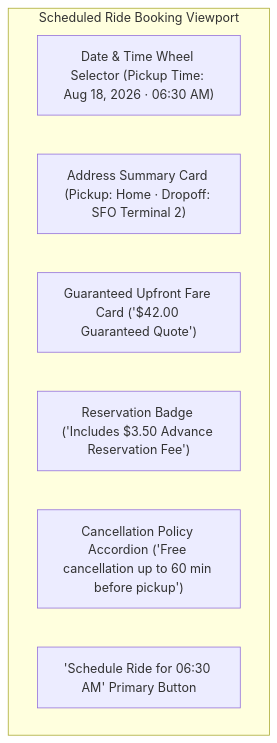
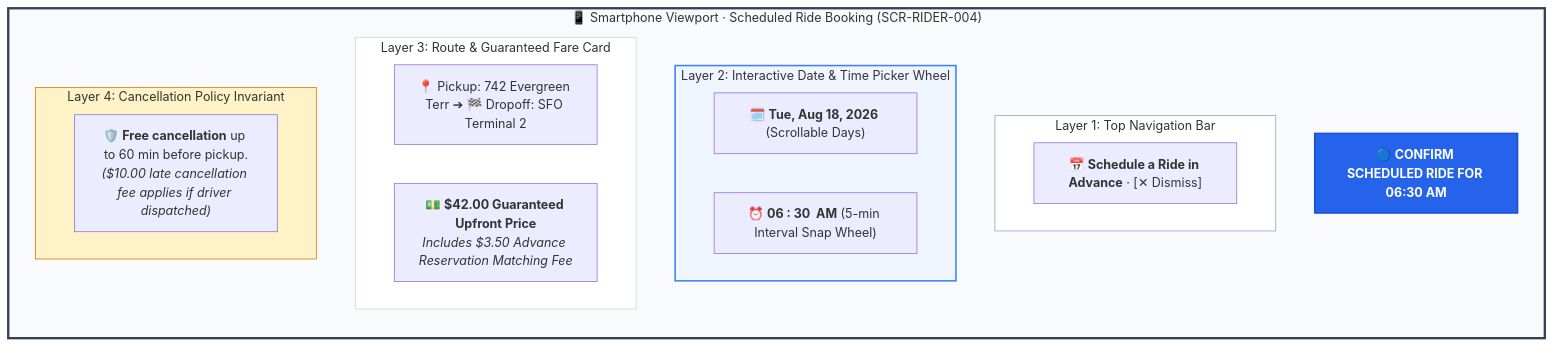
One commit to gkosarintsev/taxi-docs changed the diagram in docs/05-ui-and-ux/screen-contracts/passenger-scheduled-booking.md. Above: the diagram before and after it, drawn with Mermaid. The commit also changed other lines of this file and 11 other files, not shown here.

Commit message:
docs(ui): modernize all 16 screen contracts with multi-layer visual Mermaid UI mockups

````diff
--- a/docs/05-ui-and-ux/screen-contracts/passenger-scheduled-booking.md
+++ b/docs/05-ui-and-ux/screen-contracts/passenger-scheduled-booking.md
@@ -9,11 +9,33 @@
 ```mermaid
-graph TD
-    subgraph ScheduledBookingView [Scheduled Ride Booking Viewport]
-        DateTimeWheel["Date & Time Wheel Selector (Pickup Time: Aug 18, 2026 · 06:30 AM)"]
-        PickupDropoffSummary["Address Summary Card (Pickup: Home · Dropoff: SFO Terminal 2)"]
-        GuaranteedFareCard["Guaranteed Upfront Fare Card ('$42.00 Guaranteed Quote')"]
-        ReservationFeeBadge["Reservation Badge ('Includes $3.50 Advance Reservation Fee')"]
-        CancellationPolicyCard["Cancellation Policy Accordion ('Free cancellation up to 60 min before pickup')"]
-        PrimaryConfirmCTA["'Schedule Ride for 06:30 AM' Primary Button"]
+flowchart TB
+    subgraph PhoneFrame ["📱 Smartphone Viewport · Scheduled Ride Booking (SCR-RIDER-004)"]
+        direction TB
+
+        subgraph HeaderSection ["Layer 1: Top Navigation Bar"]
+            Title["📅 <b>Schedule a Ride in Advance</b> · [✕ Dismiss]"]
+        end
+
+        subgraph DateTimeWheel ["Layer 2: Interactive Date & Time Picker Wheel"]
+            Date["🗓️ <b>Tue, Aug 18, 2026</b> (Scrollable Days)"]
+            Time["⏰ <b>06 : 30  AM</b> (5-min Interval Snap Wheel)"]
+        end
+
+        subgraph RouteDetails ["Layer 3: Route & Guaranteed Fare Card"]
+            Addresses["📍 Pickup: 742 Evergreen Terr ➔ 🏁 Dropoff: SFO Terminal 2"]
+            FareCard["💵 <b>$42.00 Guaranteed Upfront Price</b><br/><i>Includes $3.50 Advance Reservation Matching Fee</i>"]
+        end
+
+        subgraph PolicyAccordion ["Layer 4: Cancellation Policy Invariant"]
+            Policy["🛡️ <b>Free cancellation</b> up to 60 min before pickup.<br/><i>($10.00 late cancellation fee applies if driver dispatched)</i>"]
+        end
+
+        ConfirmCTA["🔵 <b>CONFIRM SCHEDULED RIDE FOR 06:30 AM</b>"]
     end
+
+    style PhoneFrame fill:#F8FAFC,stroke:#334155,stroke-width:3px
+    style HeaderSection fill:#FFFFFF,stroke:#94A3B8,stroke-width:1px
+    style DateTimeWheel fill:#EFF6FF,stroke:#3B82F6,stroke-width:2px
+    style RouteDetails fill:#FFFFFF,stroke:#CBD5E1,stroke-width:1px
+    style PolicyAccordion fill:#FEF3C7,stroke:#D97706,stroke-width:1px
+    style ConfirmCTA fill:#2563EB,stroke:#1D4ED8,color:#FFFFFF,stroke-width:2px
 ```
````
